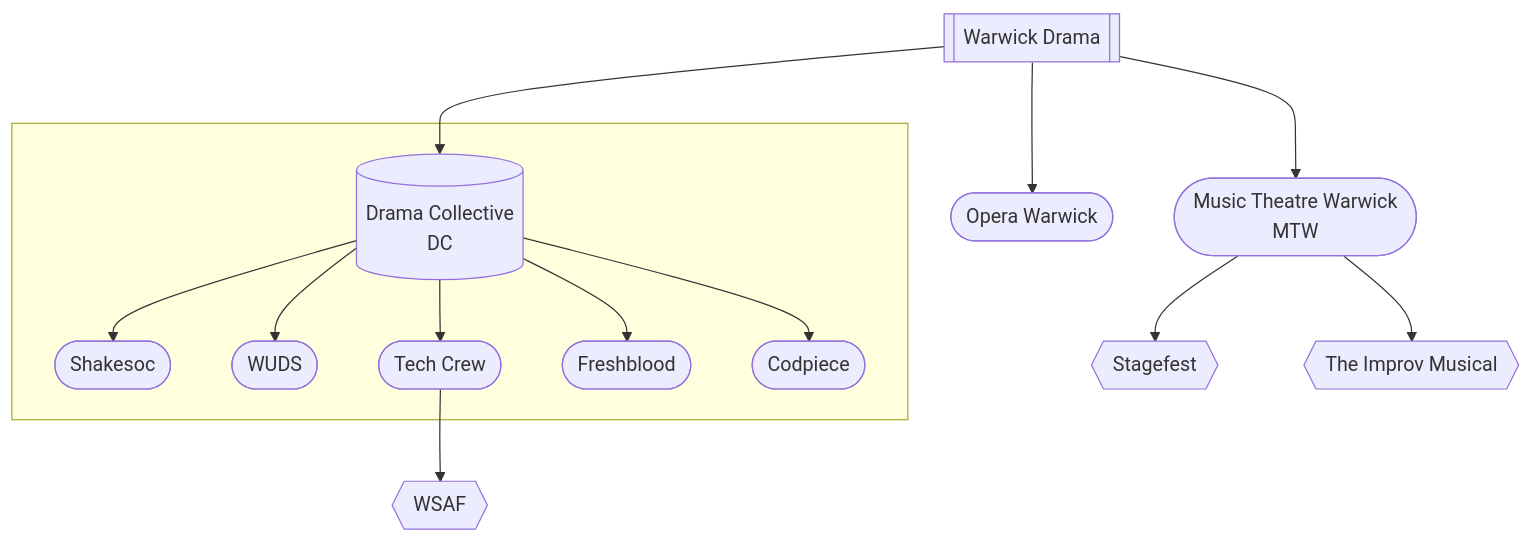
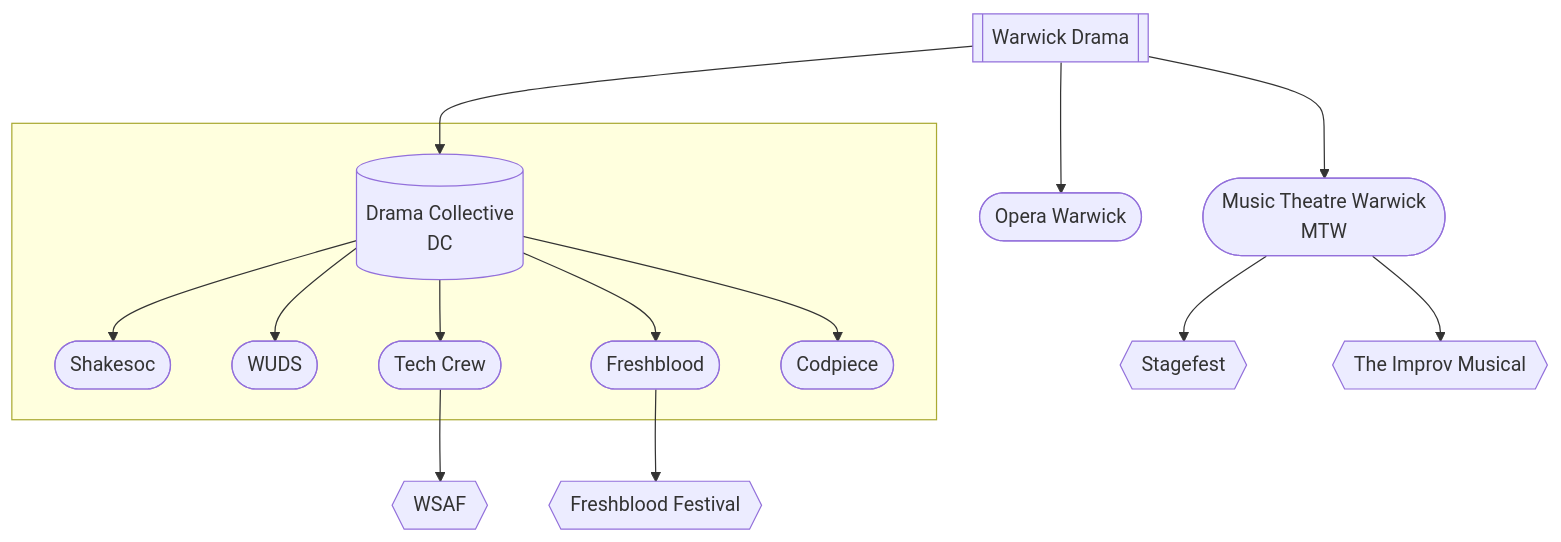
Before and after one commit to WarwickTechCrew/tc-website-wiki: the diagram in wiki/02-warwick-drama/index.mdx, drawn with Mermaid. The commit also changed other lines of this file and 1 other file, not shown here.

````diff
--- a/wiki/02-warwick-drama/index.mdx
+++ b/wiki/02-warwick-drama/index.mdx
@@ -10,17 +10,18 @@
 ```mermaid
 flowchart TD
     WD[[Warwick Drama]]
     WD --> MTW([Music Theatre Warwick\nMTW])
     WD --> Opera([Opera Warwick])
     WD --> DC[(Drama Collective\nDC)]
     subgraph \n
         DC --> SS([Shakesoc])
         DC --> WUDS([WUDS])
         DC --> TC([Tech Crew])
         DC --> FB([Freshblood])
         DC --> CP([Codpiece])
     end
     TC --> WSAF{{WSAF}}
     MTW --> SF{{Stagefest}}
     MTW --> IM{{The Improv Musical}}
+    FB --> FF{{Freshblood Festival}}
 ```
````
